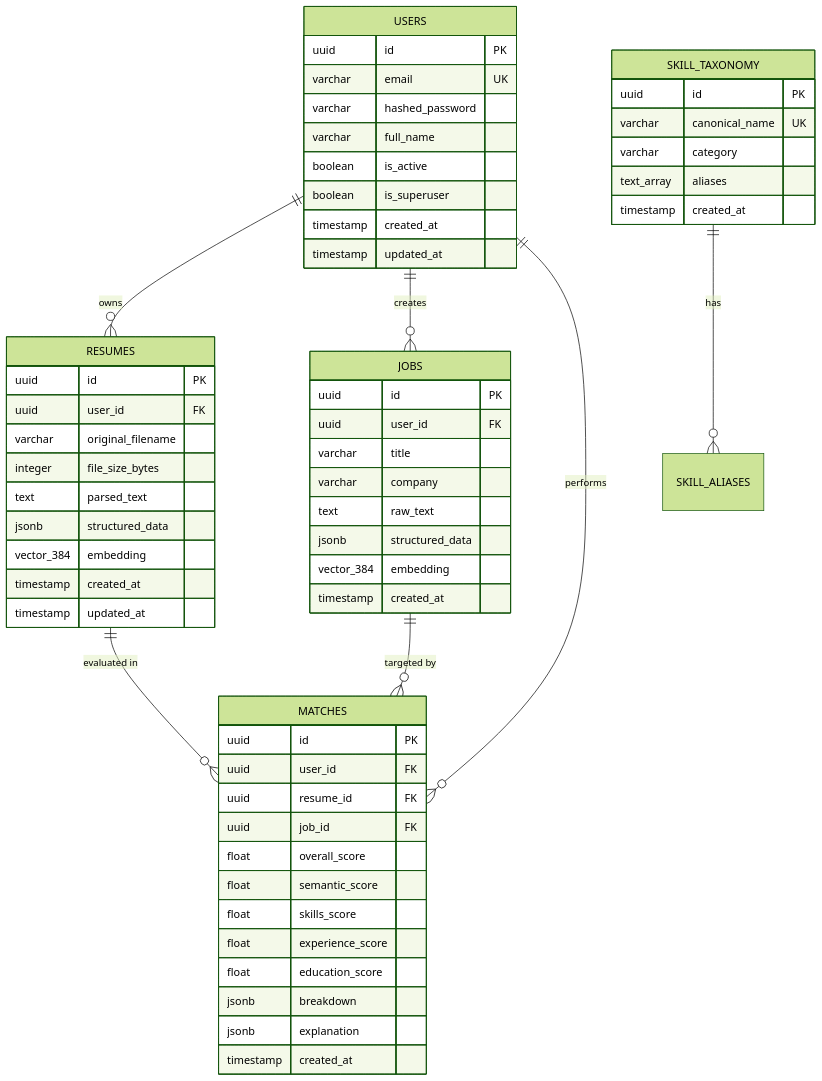
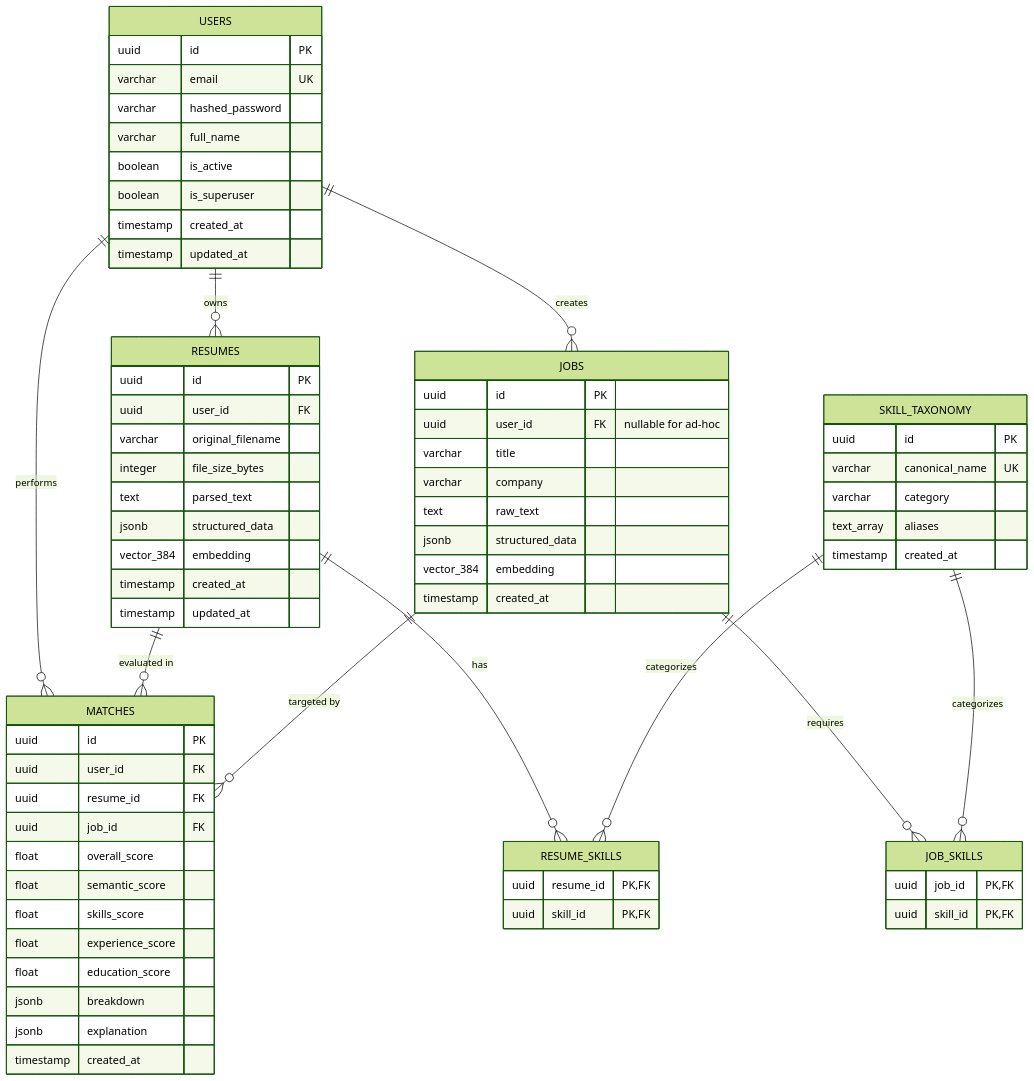
Before and after one commit to anurag07rock/ResumeMatch: the diagram in docs/DATABASE_DESIGN.md, drawn with Mermaid (forest theme). The commit also changed other lines of this file and 15 other files, not shown here.

Commit message:
feat(database): implement skill associations, migration 0002, test db isolation, and schema documentation

````diff
--- a/docs/DATABASE_DESIGN.md
+++ b/docs/DATABASE_DESIGN.md
@@ -19,66 +19,79 @@
 ```mermaid
 erDiagram
     USERS ||--o{ RESUMES : "owns"
     USERS ||--o{ JOBS : "creates"
     USERS ||--o{ MATCHES : "performs"
     RESUMES ||--o{ MATCHES : "evaluated in"
     JOBS ||--o{ MATCHES : "targeted by"
-    SKILL_TAXONOMY ||--o{ SKILL_ALIASES : "has"
+    RESUMES ||--o{ RESUME_SKILLS : "has"
+    SKILL_TAXONOMY ||--o{ RESUME_SKILLS : "categorizes"
+    JOBS ||--o{ JOB_SKILLS : "requires"
+    SKILL_TAXONOMY ||--o{ JOB_SKILLS : "categorizes"
 
     USERS {
         uuid id PK
         varchar email UK
         varchar hashed_password
         varchar full_name
         boolean is_active
         boolean is_superuser
         timestamp created_at
         timestamp updated_at
     }
 
     RESUMES {
         uuid id PK
         uuid user_id FK
         varchar original_filename
         integer file_size_bytes
         text parsed_text
         jsonb structured_data
         vector_384 embedding
         timestamp created_at
         timestamp updated_at
     }
 
     JOBS {
         uuid id PK
-        uuid user_id FK
+        uuid user_id FK "nullable for ad-hoc"
         varchar title
         varchar company
         text raw_text
         jsonb structured_data
         vector_384 embedding
         timestamp created_at
     }
 
     MATCHES {
         uuid id PK
         uuid user_id FK
         uuid resume_id FK
         uuid job_id FK
         float overall_score
         float semantic_score
         float skills_score
         float experience_score
         float education_score
         jsonb breakdown
         jsonb explanation
         timestamp created_at
     }
 
     SKILL_TAXONOMY {
         uuid id PK
         varchar canonical_name UK
         varchar category
         text_array aliases
         timestamp created_at
     }
+
+    RESUME_SKILLS {
+        uuid resume_id PK,FK
+        uuid skill_id PK,FK
+    }
+
+    JOB_SKILLS {
+        uuid job_id PK,FK
+        uuid skill_id PK,FK
+    }
 ```
````
